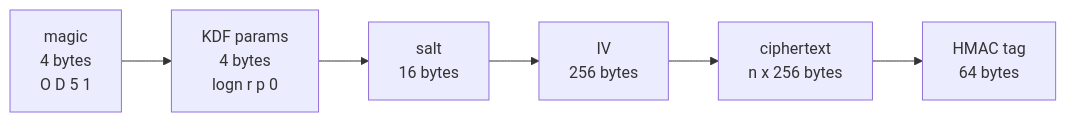
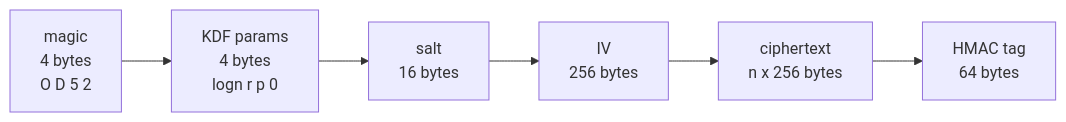
Before and after one commit to avw1ein/odette: the eighth of 10 diagrams in STRUCTURE.md, drawn with Mermaid. The commit also changed other lines of this file and 21 other files, not shown here.

````diff
--- a/STRUCTURE.md
+++ b/STRUCTURE.md
@@ -306,4 +309,4 @@
 ```mermaid
 flowchart LR
-    A["magic<br/>4 bytes<br/>O D 5 1"] --> B["KDF params<br/>4 bytes<br/>logn r p 0"] --> C["salt<br/>16 bytes"] --> D["IV<br/>256 bytes"] --> E["ciphertext<br/>n x 256 bytes"] --> F["HMAC tag<br/>64 bytes"]
+    A["magic<br/>4 bytes<br/>O D 5 2"] --> B["KDF params<br/>4 bytes<br/>logn r p 0"] --> C["salt<br/>16 bytes"] --> D["IV<br/>256 bytes"] --> E["ciphertext<br/>n x 256 bytes"] --> F["HMAC tag<br/>64 bytes"]
 ```
````
